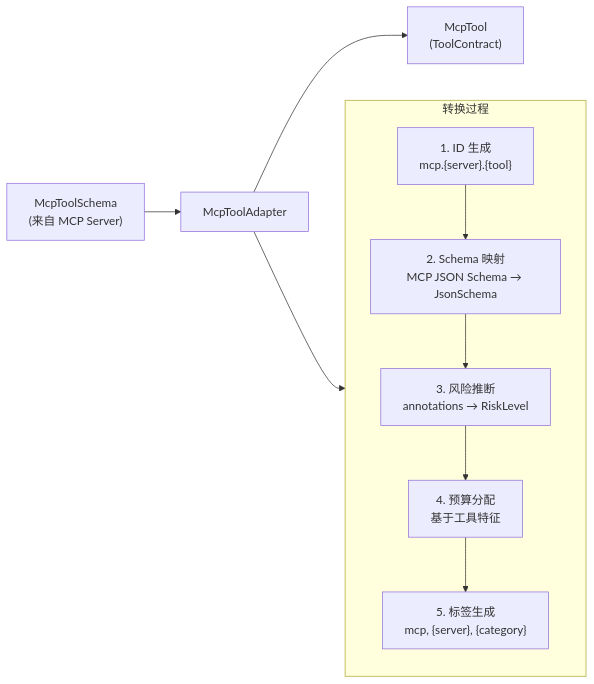
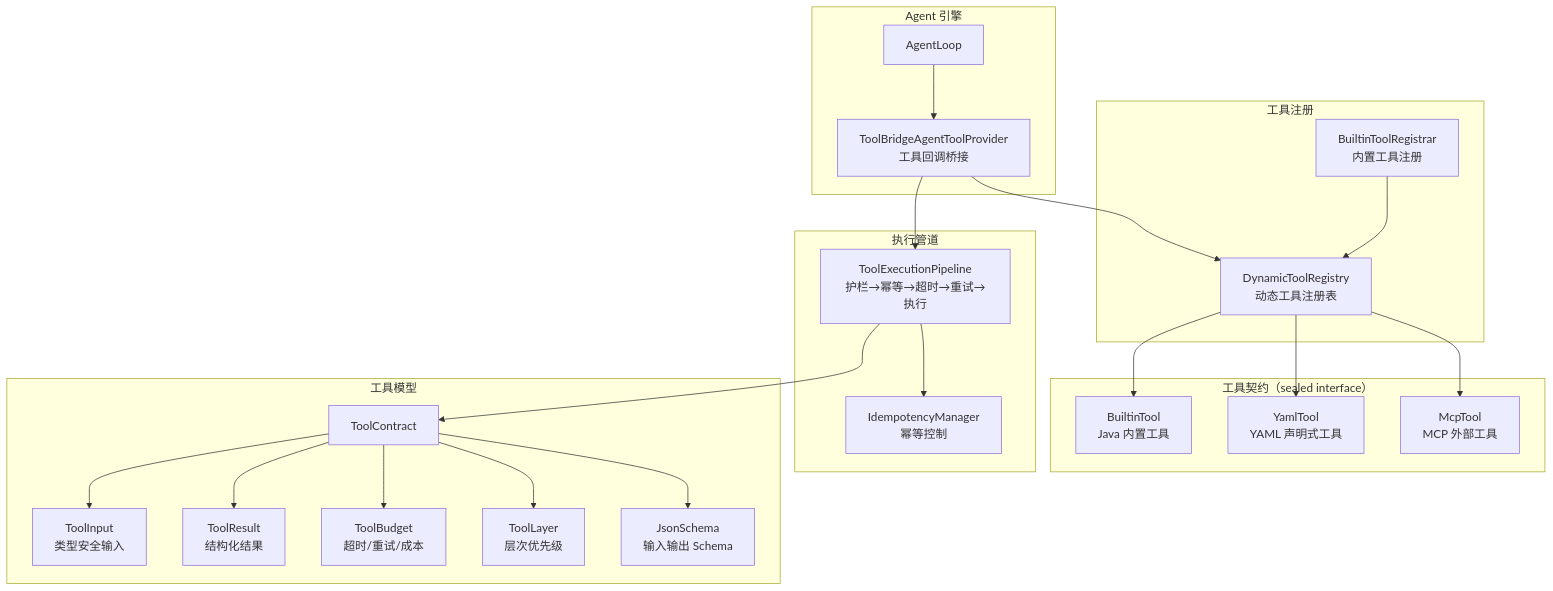
Before and after one commit to ntygod/LifePilot: the first of 2 diagrams in docs/architecture/tool-ecosystem.md, drawn with Mermaid. The commit also changed other lines of this file and 1 other file, not shown here.

Commit message:
docs(tool): 重写 tool-ecosystem 架构文档和特性文档

````diff
--- a/docs/architecture/tool-ecosystem.md
+++ b/docs/architecture/tool-ecosystem.md
@@ -3768,15 +13,46 @@
 ```mermaid
-flowchart LR
-    MCP["McpToolSchema<br/>(来自 MCP Server)"] --> Adapter["McpToolAdapter"]
-    Adapter --> Contract["McpTool<br/>(ToolContract)"]
-
-    subgraph 转换过程
-        direction TB
-        A["1. ID 生成<br/>mcp.{server}.{tool}"] --> B["2. Schema 映射<br/>MCP JSON Schema → JsonSchema"]
-        B --> C["3. 风险推断<br/>annotations → RiskLevel"]
-        C --> D["4. 预算分配<br/>基于工具特征"]
-        D --> E["5. 标签生成<br/>mcp, {server}, {category}"]
+graph TB
+    subgraph "Agent 引擎"
+        AGENT["AgentLoop"]
+        BRIDGE["ToolBridgeAgentToolProvider<br/>工具回调桥接"]
     end
 
-    Adapter --> 转换过程
+    subgraph "工具注册"
+        REG["DynamicToolRegistry<br/>动态工具注册表"]
+        BUILTIN_REG["BuiltinToolRegistrar<br/>内置工具注册"]
+    end
+
+    subgraph "工具契约（sealed interface）"
+        BUILTIN["BuiltinTool<br/>Java 内置工具"]
+        YAML["YamlTool<br/>YAML 声明式工具"]
+        MCP_TOOL["McpTool<br/>MCP 外部工具"]
+    end
+
+    subgraph "执行管道"
+        PIPE["ToolExecutionPipeline<br/>护栏→幂等→超时→重试→执行"]
+        IDEM["IdempotencyManager<br/>幂等控制"]
+    end
+
+    subgraph "工具模型"
+        CONTRACT["ToolContract"]
+        INPUT["ToolInput<br/>类型安全输入"]
+        RESULT["ToolResult<br/>结构化结果"]
+        BUDGET["ToolBudget<br/>超时/重试/成本"]
+        LAYER["ToolLayer<br/>层次优先级"]
+        SCHEMA["JsonSchema<br/>输入输出 Schema"]
+    end
+
+    AGENT --> BRIDGE --> REG
+    BUILTIN_REG --> REG
+    REG --> BUILTIN
+    REG --> YAML
+    REG --> MCP_TOOL
+    BRIDGE --> PIPE
+    PIPE --> IDEM
+    PIPE --> CONTRACT
+    CONTRACT --> INPUT
+    CONTRACT --> RESULT
+    CONTRACT --> BUDGET
+    CONTRACT --> LAYER
+    CONTRACT --> SCHEMA
 ```
````
